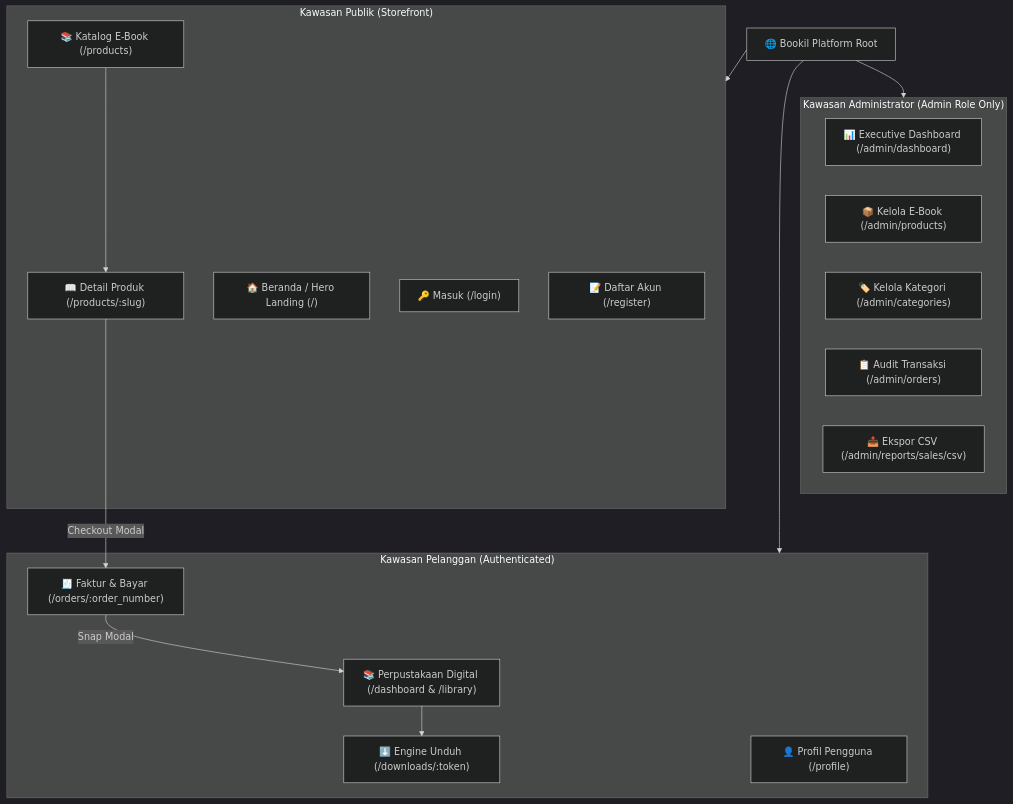
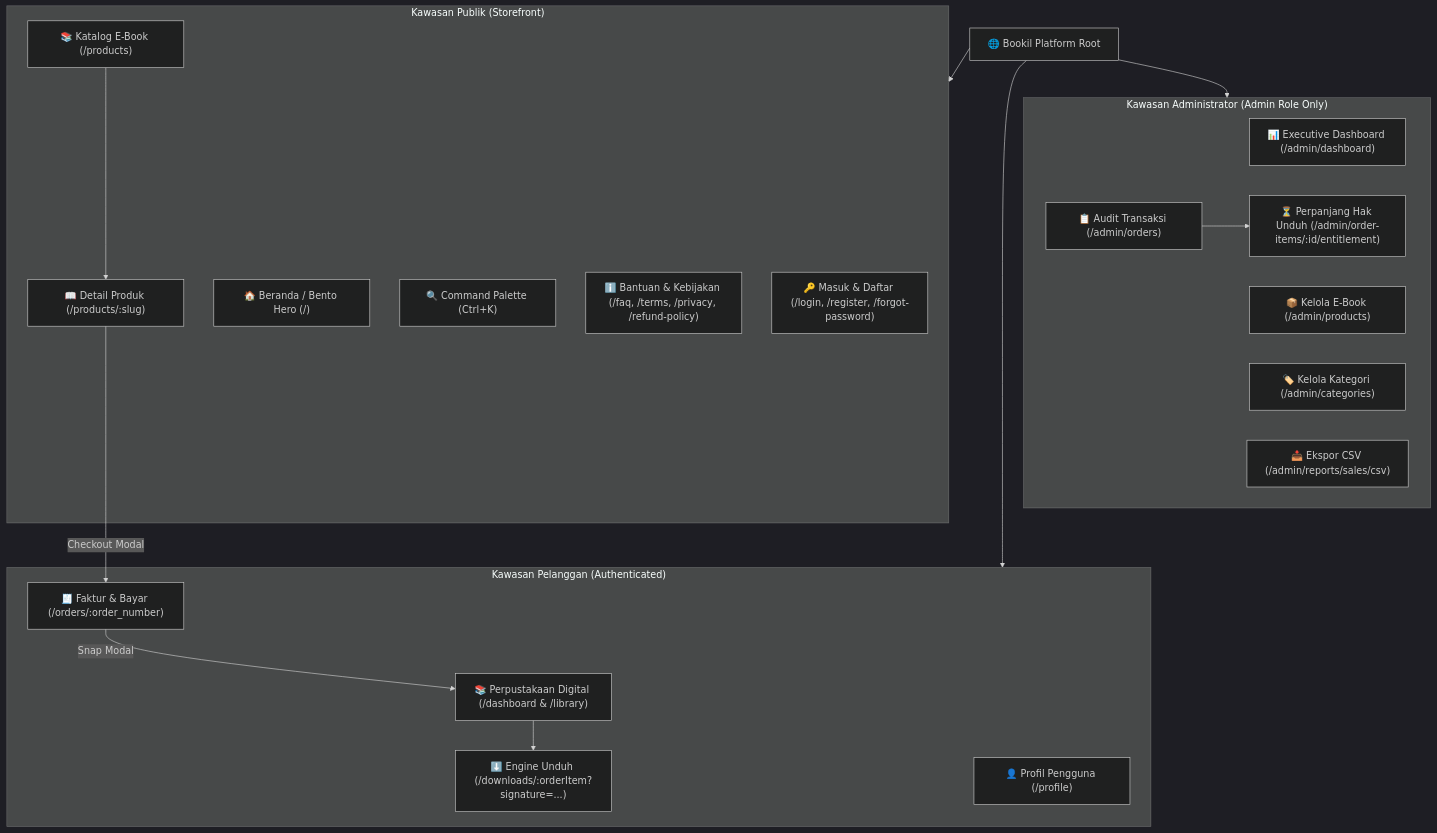
One commit to MasRizqi07/harisenin-bookil-fsd changed the first of 2 diagrams in Design.md. Above: the diagram before and after it, drawn with Mermaid (dark theme). The commit also changed other lines of this file and 8 other files, not shown here.

````diff
--- a/Design.md
+++ b/Design.md
@@ -44,36 +45,39 @@
 ```mermaid
 graph TD
     Root["🌐 Bookil Platform Root"]
 
     subgraph PublicPages ["Kawasan Publik (Storefront)"]
-        Home["🏠 Beranda / Hero Landing (/)"]
+        Home["🏠 Beranda / Bento Hero (/)"]
         Catalog["📚 Katalog E-Book (/products)"]
         ProductDetail["📖 Detail Produk (/products/:slug)"]
-        Login["🔑 Masuk (/login)"]
-        Register["📝 Daftar Akun (/register)"]
+        CmdPalette["🔍 Command Palette (Ctrl+K)"]
+        SupportPages["ℹ️ Bantuan & Kebijakan (/faq, /terms, /privacy, /refund-policy)"]
+        AuthPages["🔑 Masuk & Daftar (/login, /register, /forgot-password)"]
     end
 
     subgraph CustomerPortal ["Kawasan Pelanggan (Authenticated)"]
         CustDash["📚 Perpustakaan Digital (/dashboard & /library)"]
         Invoice["🧾 Faktur & Bayar (/orders/:order_number)"]
-        Download["⬇️ Engine Unduh (/downloads/:token)"]
+        Download["⬇️ Engine Unduh (/downloads/:orderItem?signature=...)"]
         Profile["👤 Profil Pengguna (/profile)"]
     end
 
     subgraph AdminPortal ["Kawasan Administrator (Admin Role Only)"]
         AdminDash["📊 Executive Dashboard (/admin/dashboard)"]
         AdminProducts["📦 Kelola E-Book (/admin/products)"]
         AdminCategories["🏷️ Kelola Kategori (/admin/categories)"]
         AdminOrders["📋 Audit Transaksi (/admin/orders)"]
+        EntitlementExt["⏳ Perpanjang Hak Unduh (/admin/order-items/:id/entitlement)"]
         CSVExport["📥 Ekspor CSV (/admin/reports/sales/csv)"]
     end
 
     Root --> PublicPages
     Root --> CustomerPortal
     Root --> AdminPortal
 
     Catalog --> ProductDetail
     ProductDetail -->|"Checkout Modal"| Invoice
     Invoice -->|"Snap Modal"| CustDash
     CustDash --> Download
+    AdminOrders --> EntitlementExt
 ```
````
